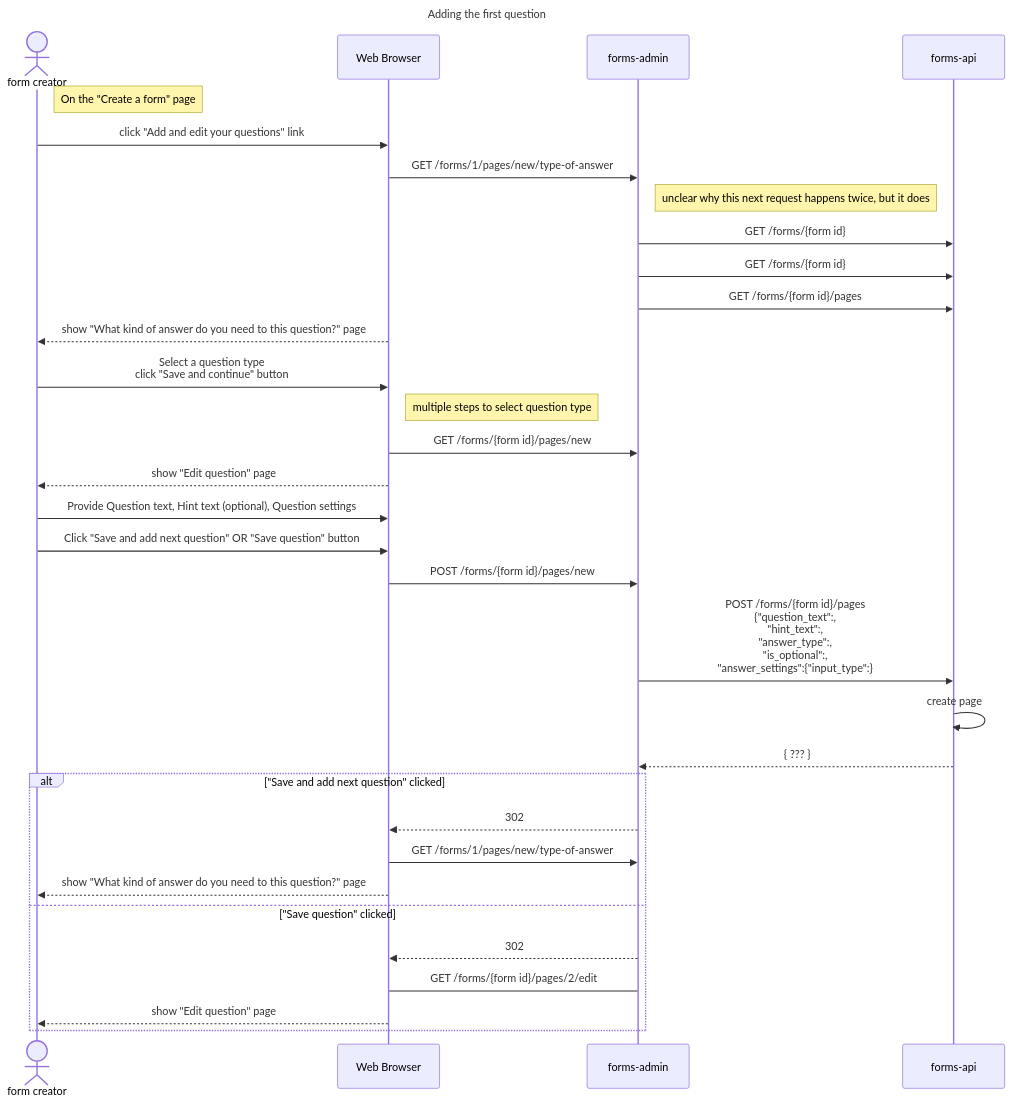
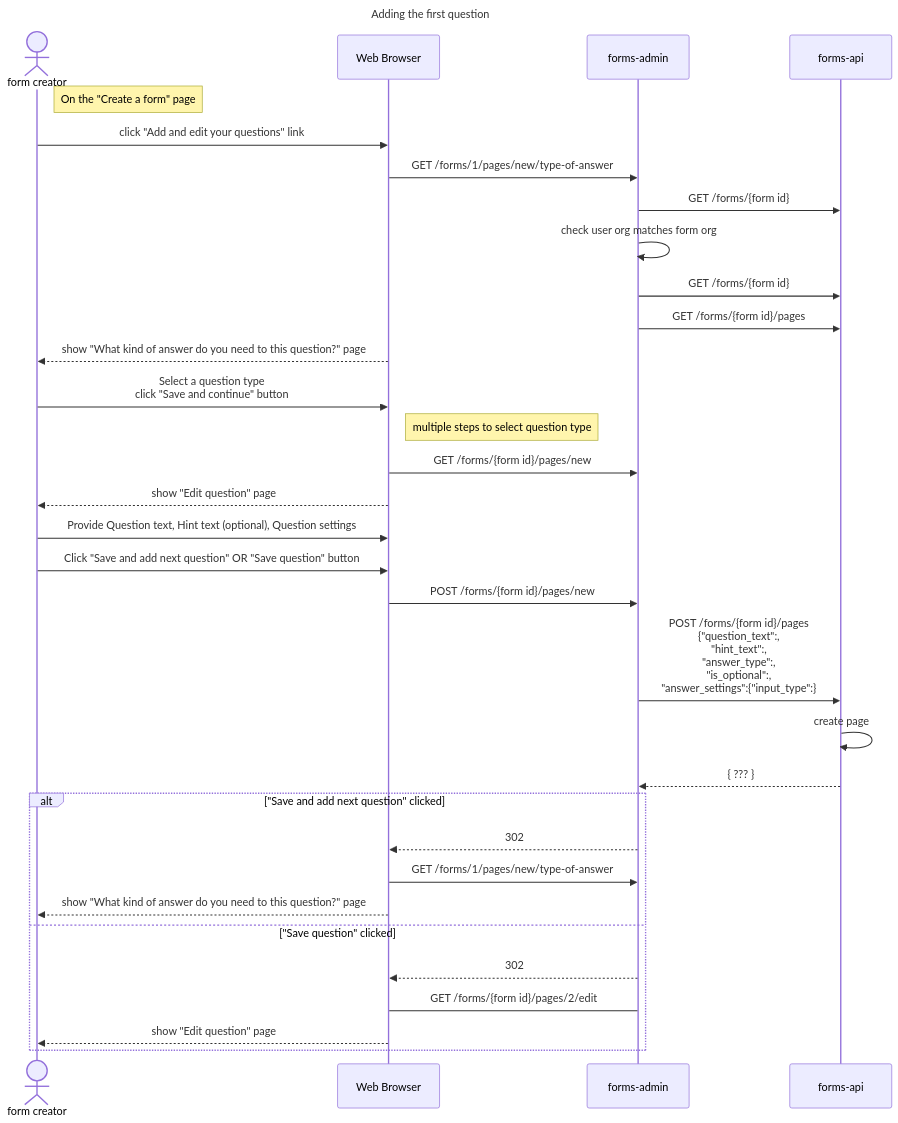
One commit to alphagov/forms changed the second of 5 diagrams in diagrams/sequence-diagrams/creating-a-form.md. Above: the diagram before and after it, drawn with Mermaid. The commit also changed other lines of this file, not shown here.

Commit message:
forms-admin checks user org matches form org

````diff
--- a/diagrams/sequence-diagrams/creating-a-form.md
+++ b/diagrams/sequence-diagrams/creating-a-form.md
@@ -34,46 +34,46 @@
 ```mermaid
 sequenceDiagram
   title Adding the first question
   actor user as form creator
   participant browser as Web Browser
   participant admin as forms-admin
   link admin: GitHub repo @ https://github.com/alphagov/forms-admin
   participant api as forms-api
   link api: GitHub repo @ https://github.com/alphagov/forms-api
 
   note right of user: On the "Create a form" page
 
   user->>browser: click "Add and edit your questions" link
   browser->>admin: GET /forms/1/pages/new/type-of-answer
-  Note right of admin: unclear why this next request happens twice, but it does
   admin->>api: GET /forms/{form id}
+  admin->>admin: check user org matches form org
   admin->>api: GET /forms/{form id}
   admin->>api: GET /forms/{form id}/pages
 
   browser-->>user: show "What kind of answer do you need to this question?" page
 
   user->>browser: Select a question type<br />click "Save and continue" button
 
   note right of browser: multiple steps to select question type
 
   browser->>admin: GET /forms/{form id}/pages/new
   browser-->>user: show "Edit question" page
 
 
   user->>browser: Provide Question text, Hint text (optional), Question settings
   user->>browser: Click "Save and add next question" OR "Save question" button
   browser->>admin: POST /forms/{form id}/pages/new
   admin->>api: POST /forms/{form id}/pages<br />{"question_text":,<br />"hint_text":,<br />"answer_type":,<br />"is_optional":,<br />"answer_settings":{"input_type":}
   api->>api: create page
   api-->>admin: { ??? }
 
   alt "Save and add next question" clicked
     admin-->>browser: 302
     browser->>admin: GET /forms/1/pages/new/type-of-answer
     browser-->>user: show "What kind of answer do you need to this question?" page 
   else "Save question" clicked
     admin-->>browser: 302
     browser->admin: GET /forms/{form id}/pages/2/edit
     browser-->>user: show "Edit question" page
   end
 ```
````
